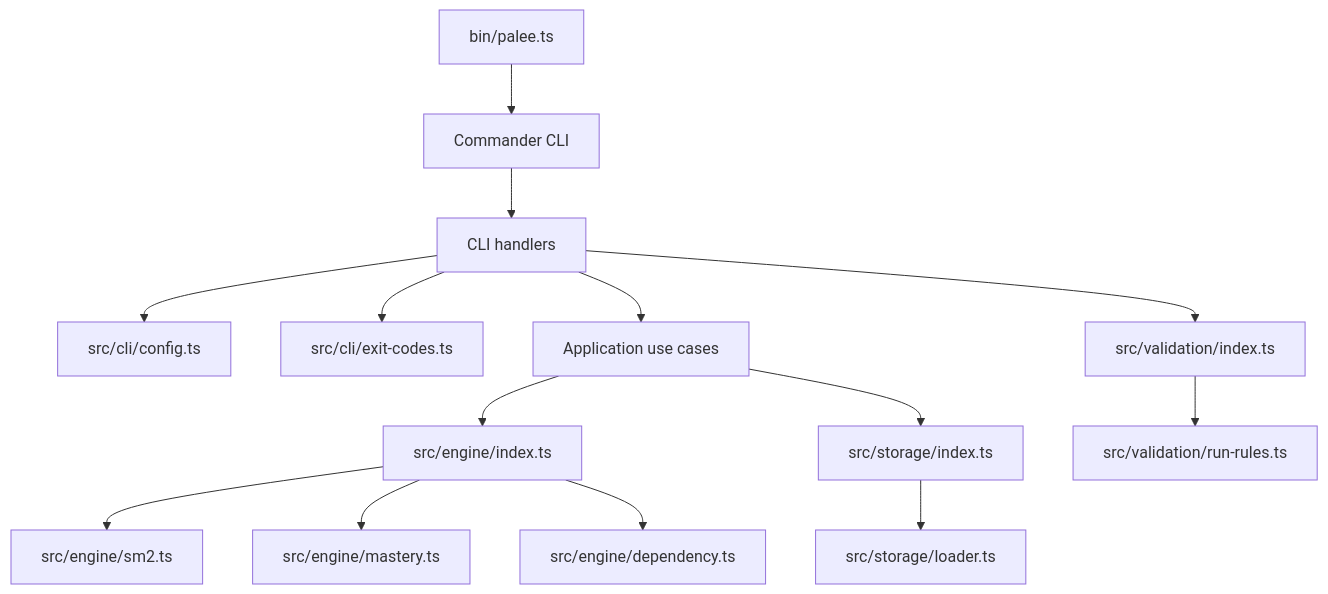
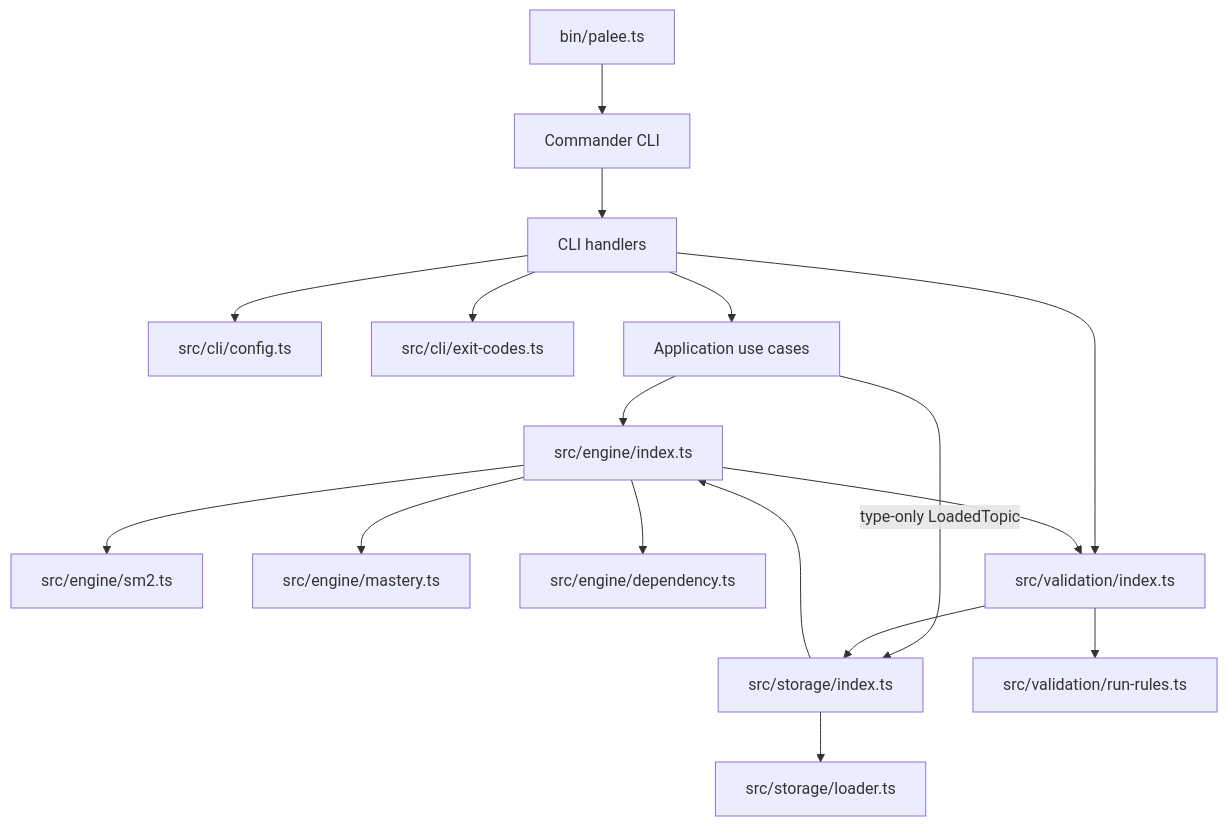
The tenth of 10 diagrams in Architecture Overview/Layered Architecture Design.md (Kuldeep2822k/palee-architecture), drawn with Mermaid before and after one commit. The commit also changed other lines of this file and 6 other files, not shown here.

Commit message:
docs(overview): fix layering rule, flowchart edges and atomic-write order

````diff
--- a/Architecture Overview/Layered Architecture Design.md
+++ b/Architecture Overview/Layered Architecture Design.md
@@ -331,16 +332,19 @@
 ```mermaid
 graph TD
     Bin["bin/palee.ts"] --> Commander["Commander CLI"]
     Commander --> CLIFiles["CLI handlers"]
     CLIFiles --> AppConfig["src/cli/config.ts"]
     CLIFiles --> ExitCodes["src/cli/exit-codes.ts"]
     CLIFiles --> AppUseCases["Application use cases"]
     AppUseCases --> EngineBarrel["src/engine/index.ts"]
-    AppUseCases --> StorageBarrel["src/storage/index.ts"]
+    AppUseCases -->|type-only LoadedTopic| StorageBarrel["src/storage/index.ts"]
     EngineBarrel --> Sm2["src/engine/sm2.ts"]
     EngineBarrel --> Mastery["src/engine/mastery.ts"]
     EngineBarrel --> Dependency["src/engine/dependency.ts"]
     StorageBarrel --> Loader["src/storage/loader.ts"]
     CLIFiles --> ValidationBarrel["src/validation/index.ts"]
     ValidationBarrel --> RunRules["src/validation/run-rules.ts"]
+    ValidationBarrel --> StorageBarrel
+    StorageBarrel --> EngineBarrel
+    EngineBarrel --> ValidationBarrel
 ```
````
